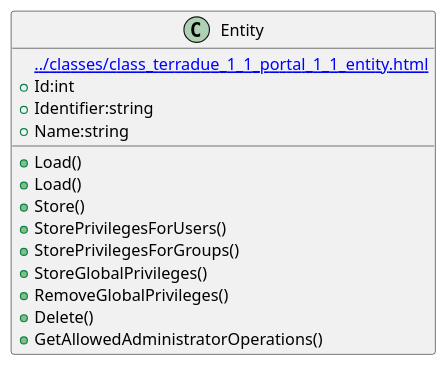
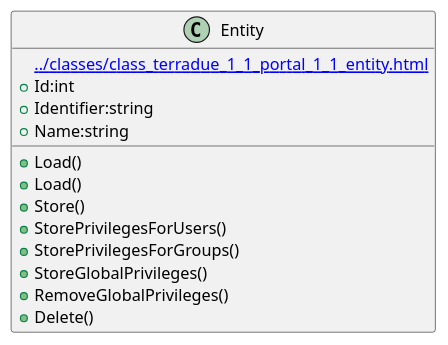
Before and after one commit to urban-tep/DDF-SDD: the diagram in source/classes/class_terradue_1_1_portal_1_1_entity.iuml, drawn with PlantUML. The commit also changed 23 other files, not shown here.

```diff
--- a/source/classes/class_terradue_1_1_portal_1_1_entity.iuml
+++ b/source/classes/class_terradue_1_1_portal_1_1_entity.iuml
@@ -1,17 +1,16 @@
 @startuml
 class Entity {
 [[../classes/class_terradue_1_1_portal_1_1_entity.html]]
  +Id:int
  +Identifier:string
  +Name:string
  +Load()
  +Load()
  +Store()
  +StorePrivilegesForUsers()
  +StorePrivilegesForGroups()
  +StoreGlobalPrivileges()
  +RemoveGlobalPrivileges()
  +Delete()
- +GetAllowedAdministratorOperations()
 }
 @enduml
```
